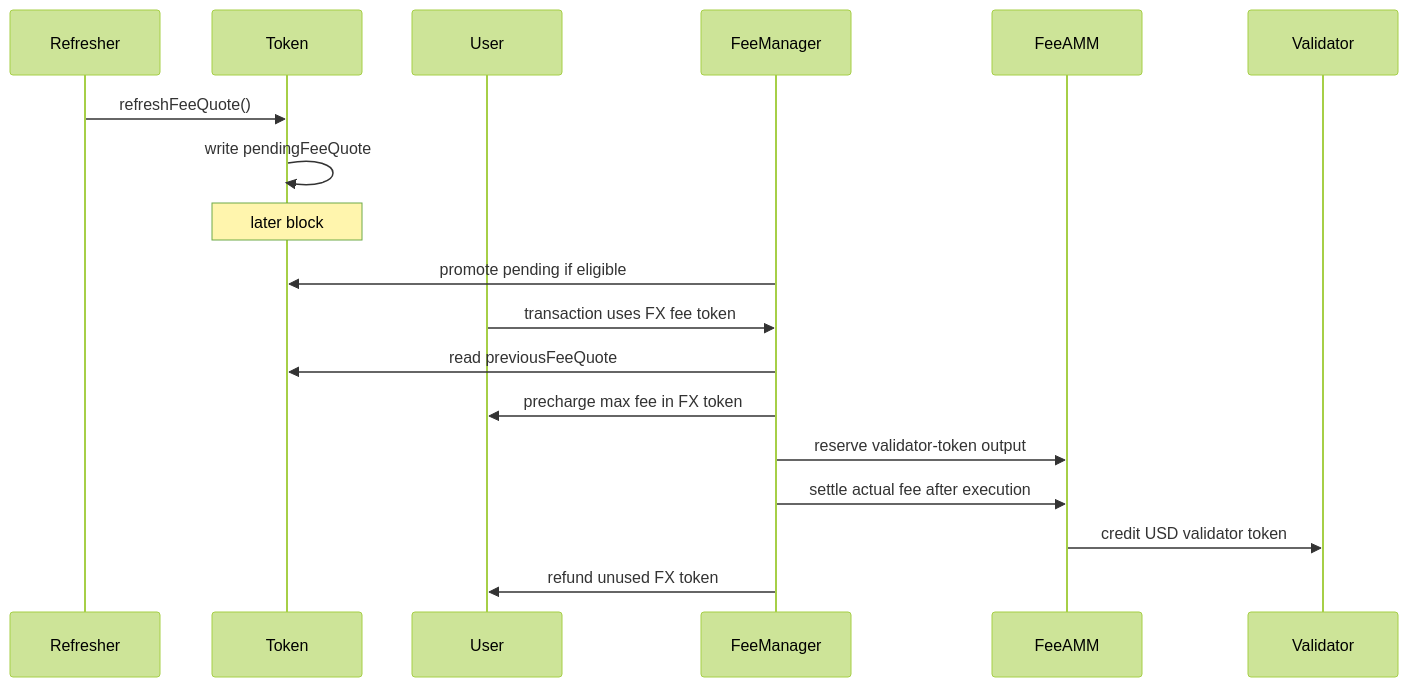
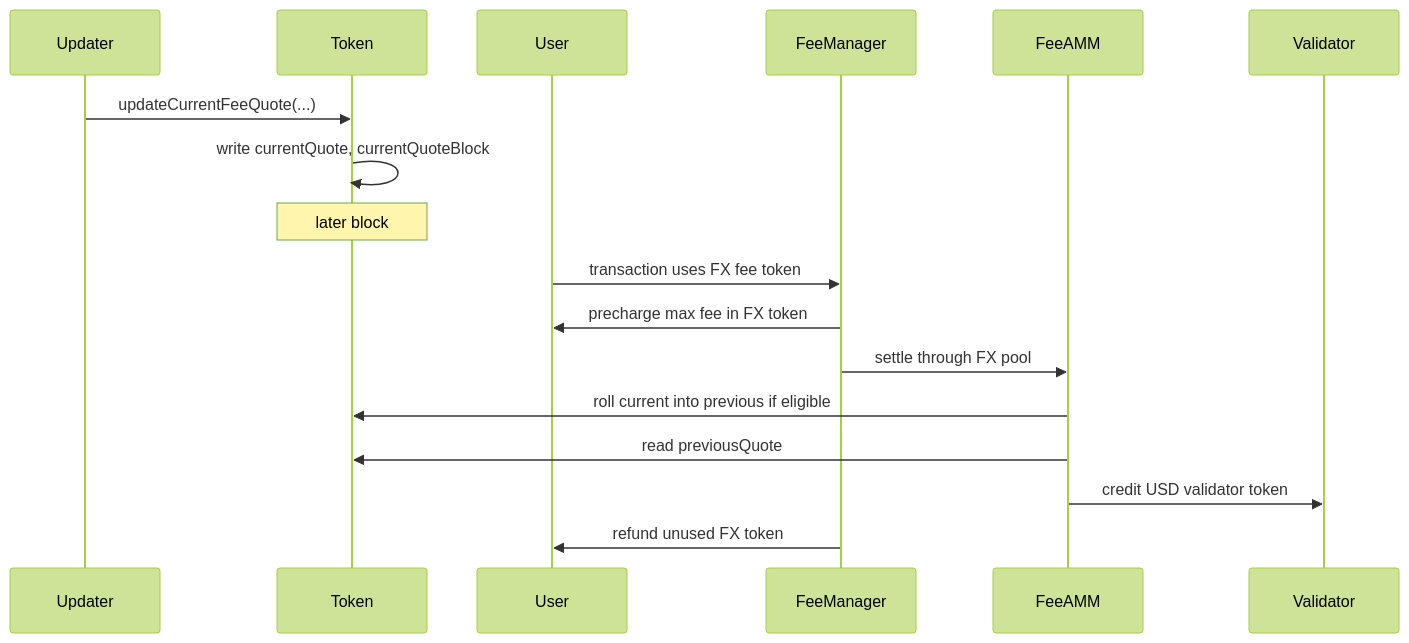
Before and after one commit to tempoxyz/tempo: the diagram in tips/tip-1054.md, drawn with Mermaid (forest theme). The commit also changed other lines of this file, not shown here.

Commit message:
docs(tip-1054): simplify pushed fee quotes

````diff
--- a/tips/tip-1054.md
+++ b/tips/tip-1054.md
@@ -45,21 +52,20 @@
 ```mermaid
 sequenceDiagram
-    participant Refresher
+    participant Updater
     participant Token
     participant User
     participant FeeManager
     participant FeeAMM
     participant Validator
 
-    Refresher->>Token: refreshFeeQuote()
-    Token->>Token: write pendingFeeQuote
+    Updater->>Token: updateCurrentFeeQuote(...)
+    Token->>Token: write currentQuote, currentQuoteBlock
     Note over Token: later block
-    FeeManager->>Token: promote pending if eligible
     User->>FeeManager: transaction uses FX fee token
-    FeeManager->>Token: read previousFeeQuote
     FeeManager->>User: precharge max fee in FX token
-    FeeManager->>FeeAMM: reserve validator-token output
-    FeeManager->>FeeAMM: settle actual fee after execution
+    FeeManager->>FeeAMM: settle through FX pool
+    FeeAMM->>Token: roll current into previous if eligible
+    FeeAMM->>Token: read previousQuote
     FeeAMM->>Validator: credit USD validator token
     FeeManager->>User: refund unused FX token
 ```
````
